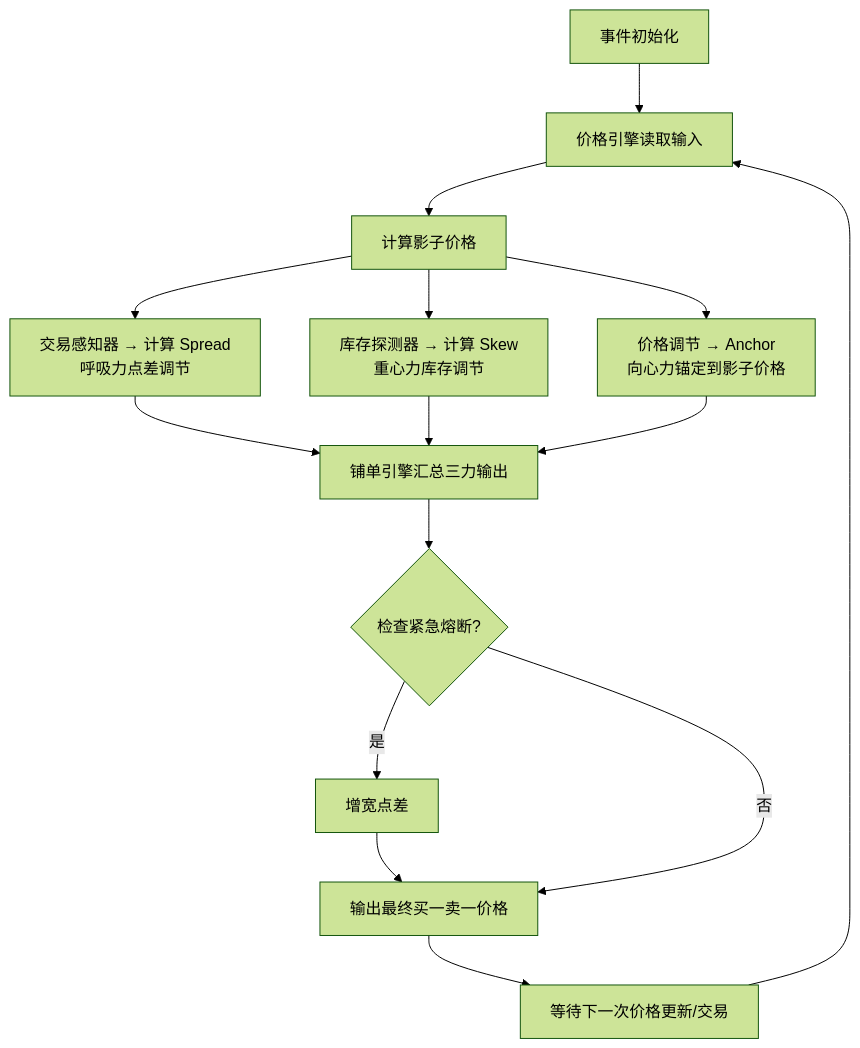
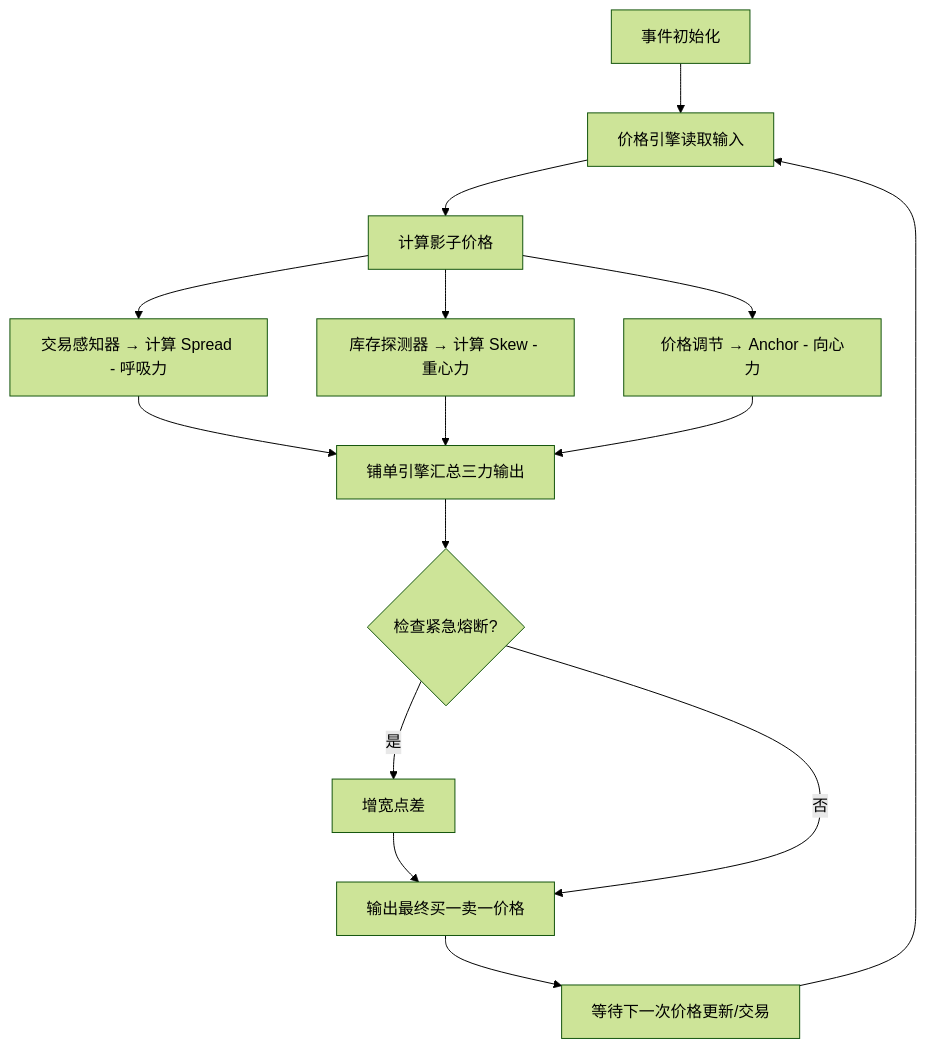
One commit to pengjie/binary-prediction-market changed the second of 2 diagrams in README.md. Above: the diagram before and after it, drawn with Mermaid (forest theme). The commit also changed other lines of this file, not shown here.

Commit message:
README.md flowchart update

````diff
--- a/README.md
+++ b/README.md
@@ -140,17 +140,17 @@
 ```mermaid
 flowchart TD
     Start[事件初始化] --> Input[价格引擎读取输入]
     Input --> Shadow[计算影子价格]
-    Shadow --> Spread[交易感知器 → 计算 Spread<br>呼吸力点差调节]
-    Shadow --> Skew[库存探测器 → 计算 Skew<br>重心力库存调节]
-    Shadow --> Anchor[价格调节 → Anchor<br>向心力锚定到影子价格]
+    Shadow --> Spread[交易感知器 → 计算 Spread - 呼吸力]
+    Shadow --> Skew[库存探测器 → 计算 Skew - 重心力]
+    Shadow --> Anchor[价格调节 → Anchor - 向心力]
     Spread --> Agg[铺单引擎汇总三力输出]
     Skew --> Agg
     Anchor --> Agg
     Agg --> Circuit{检查紧急熔断?}
     Circuit -->|是| Widen[增宽点差]
     Widen --> Output[输出最终买一卖一价格]
     Circuit -->|否| Output
     Output --> Wait[等待下一次价格更新/交易]
     Wait --> Input
 ```
````
